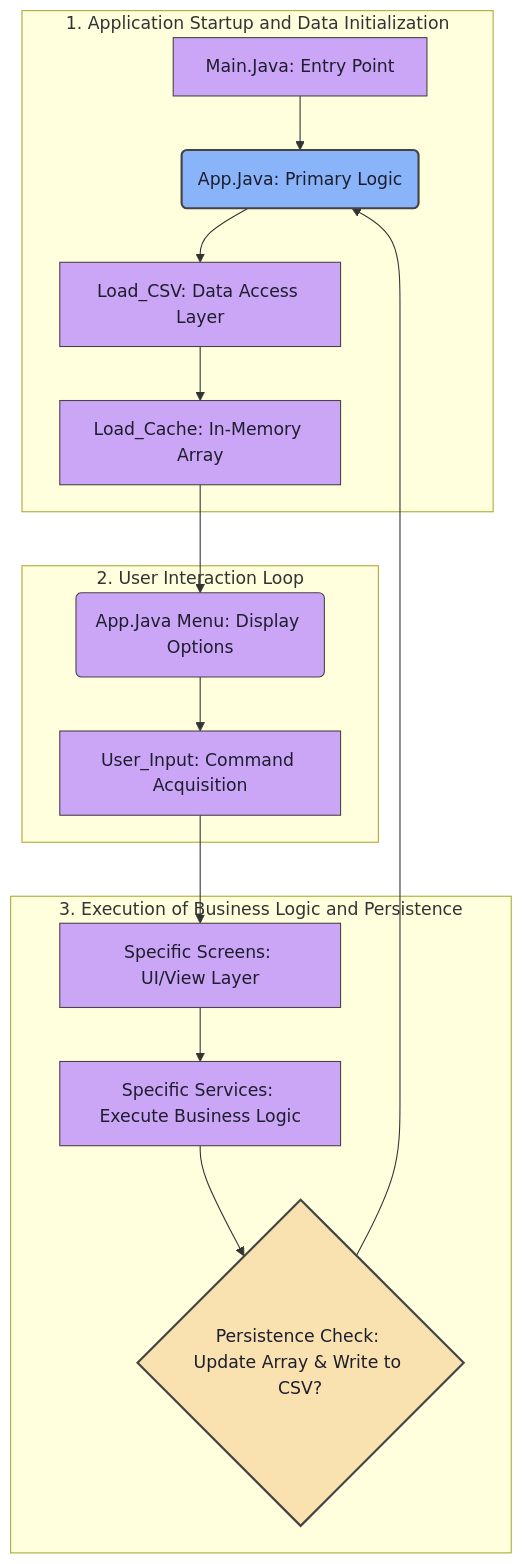
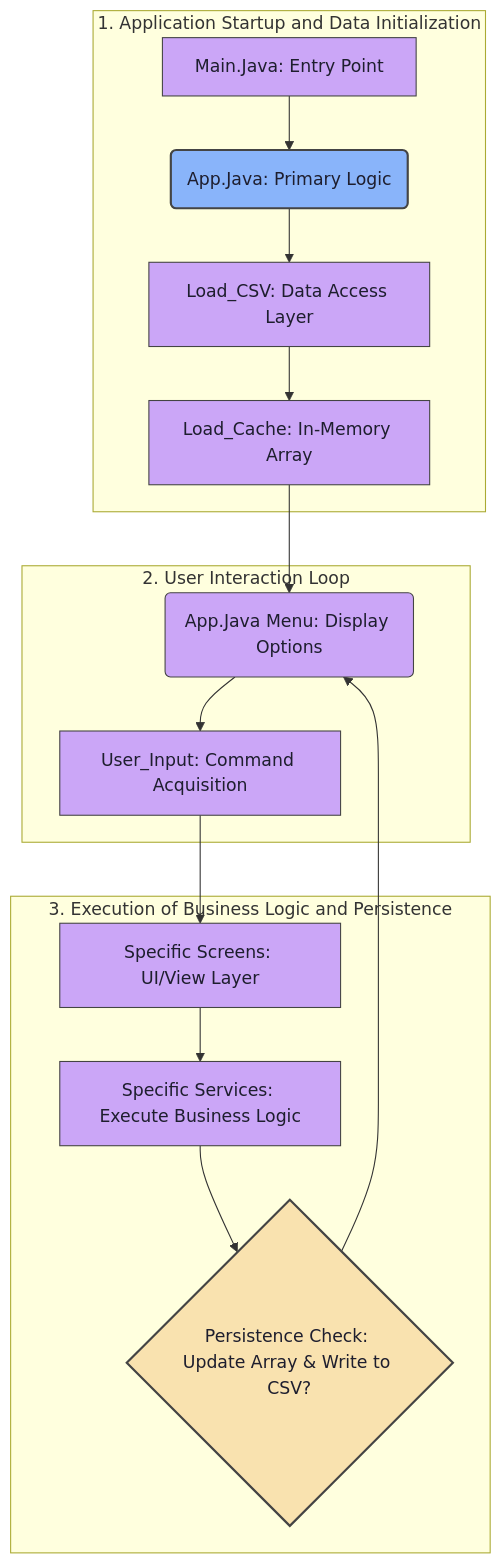
Before and after one commit to 0x2x/AccountingLedgerApp: the diagram in README.md, drawn with Mermaid.

Commit message:
Update flow diagram in README.md

````diff
--- a/README.md
+++ b/README.md
@@ -5,36 +5,36 @@
 ```mermaid
  graph TD
     subgraph 1. Application Startup and Data Initialization
         A[Main.Java: Entry Point] --> B(App.Java: Primary Logic);
         B --> C[Load_CSV: Data Access Layer];
         C --> D[Load_Cache: In-Memory Array];
     end
 
     subgraph 2. User Interaction Loop
         D --> E(App.Java Menu: Display Options);
         E --> F[User_Input: Command Acquisition];
     end
 
     subgraph 3. Execution of Business Logic and Persistence
         F --> G[Specific Screens: UI/View Layer];
         G --> H[Specific Services: Execute Business Logic];
         H --> I{Persistence Check: Update Array & Write to CSV?};
-        I --> B;
+        I --> E;
     end
 
     %% Catppuccin Mocha Palette adapted for a light background for high readability
     %% Main Control Center (B: App.Java) - Blue
     style B fill:#89b4fa, stroke:#444, color:#1e1e2e, stroke-width:2px;
     
     %% Critical Persistence Step (I: Check & Write to CSV) - Yellow/Gold
     style I fill:#f9e2af, stroke:#444, color:#1e1e2e, stroke-width:2px;
 
     %% General/Standard Nodes - Mauve/Pink
     style A fill:#cba6f7, stroke:#444, color:#1e1e2e;
     style C fill:#cba6f7, stroke:#444, color:#1e1e2e;
     style D fill:#cba6f7, stroke:#444, color:#1e1e2e;
     style E fill:#cba6f7, stroke:#444, color:#1e1e2e;
     style F fill:#cba6f7, stroke:#444, color:#1e1e2e;
     style G fill:#cba6f7, stroke:#444, color:#1e1e2e;
     style H fill:#cba6f7, stroke:#444, color:#1e1e2e;
 ```
````
